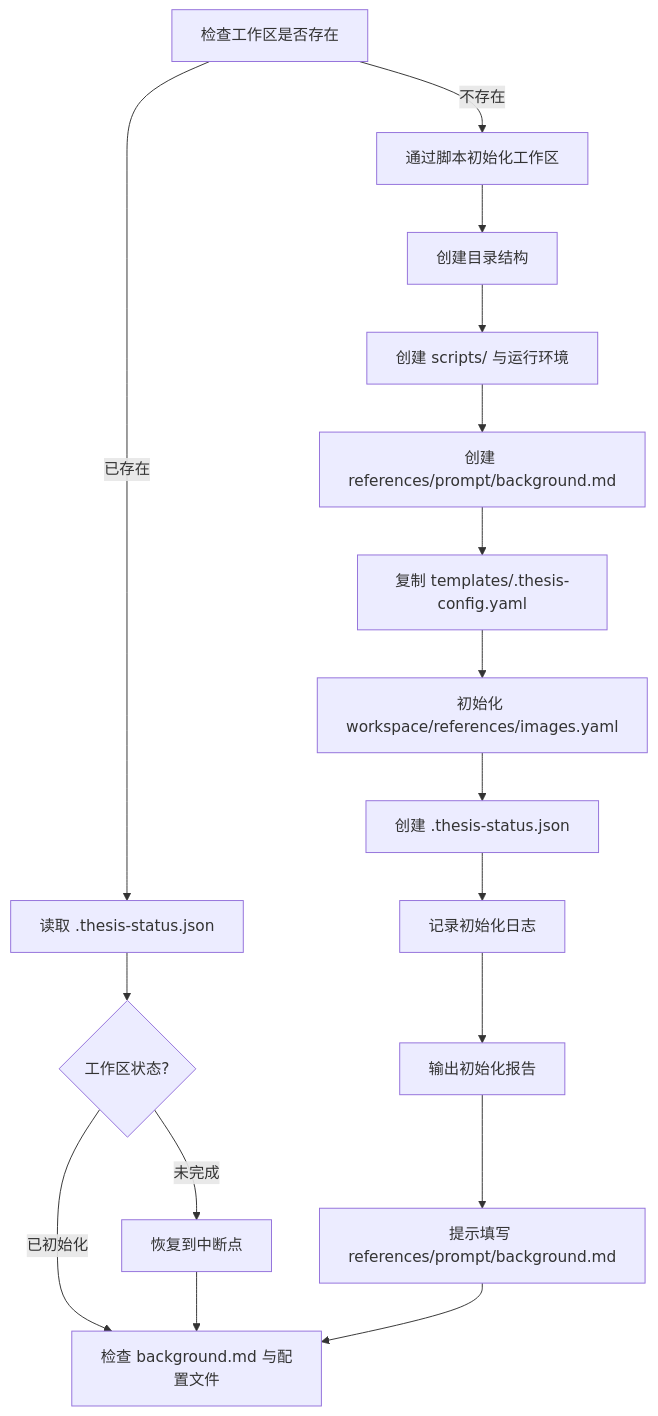
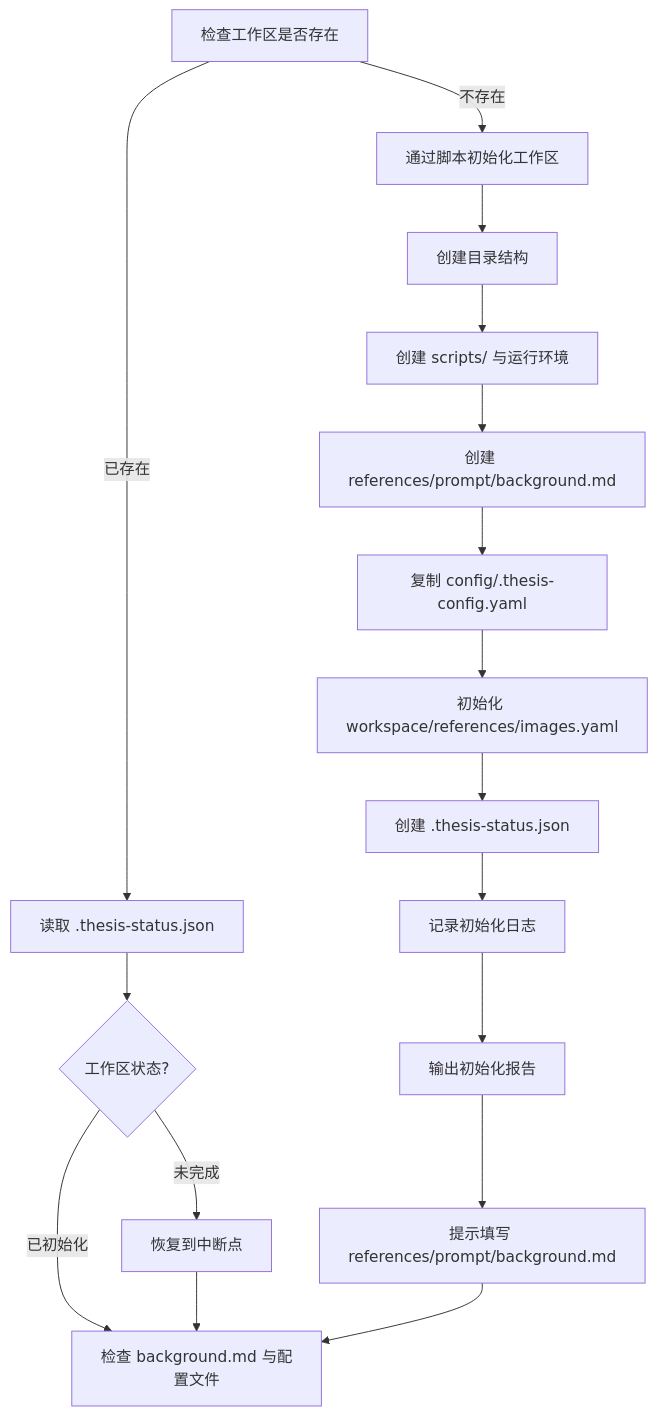
The diagram in workflows/step_0_init.md (Stars-OC/thesis-creator), drawn with Mermaid before and after one commit. The commit also changed other lines of this file and 6 other files, not shown here.

````diff
--- a/workflows/step_0_init.md
+++ b/workflows/step_0_init.md
@@ -18,19 +18,19 @@
 ```mermaid
 flowchart TD
     A[检查工作区是否存在] -->|不存在| B[通过脚本初始化工作区]
     A -->|已存在| C[读取 .thesis-status.json]
     B --> D[创建目录结构]
     D --> E[创建 scripts/ 与运行环境]
     E --> F[创建 references/prompt/background.md]
-    F --> G[复制 templates/.thesis-config.yaml]
+    F --> G[复制 config/.thesis-config.yaml]
     G --> H[初始化 workspace/references/images.yaml]
     H --> I[创建 .thesis-status.json]
     I --> J[记录初始化日志]
     J --> K[输出初始化报告]
     K --> L[提示填写 references/prompt/background.md]
     C --> M{工作区状态?}
     M -->|已初始化| N[检查 background.md 与配置文件]
     M -->|未完成| O[恢复到中断点]
     O --> N
     L --> N
 ```
````
